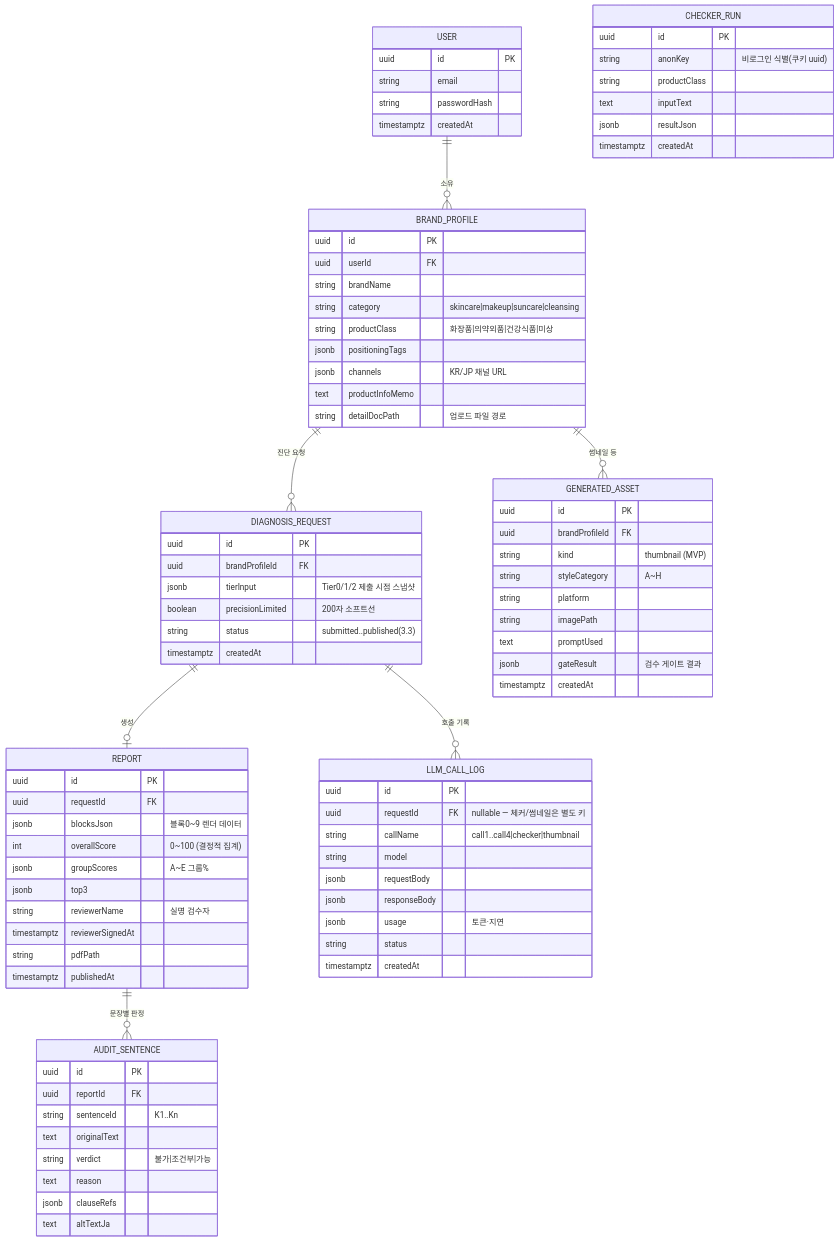
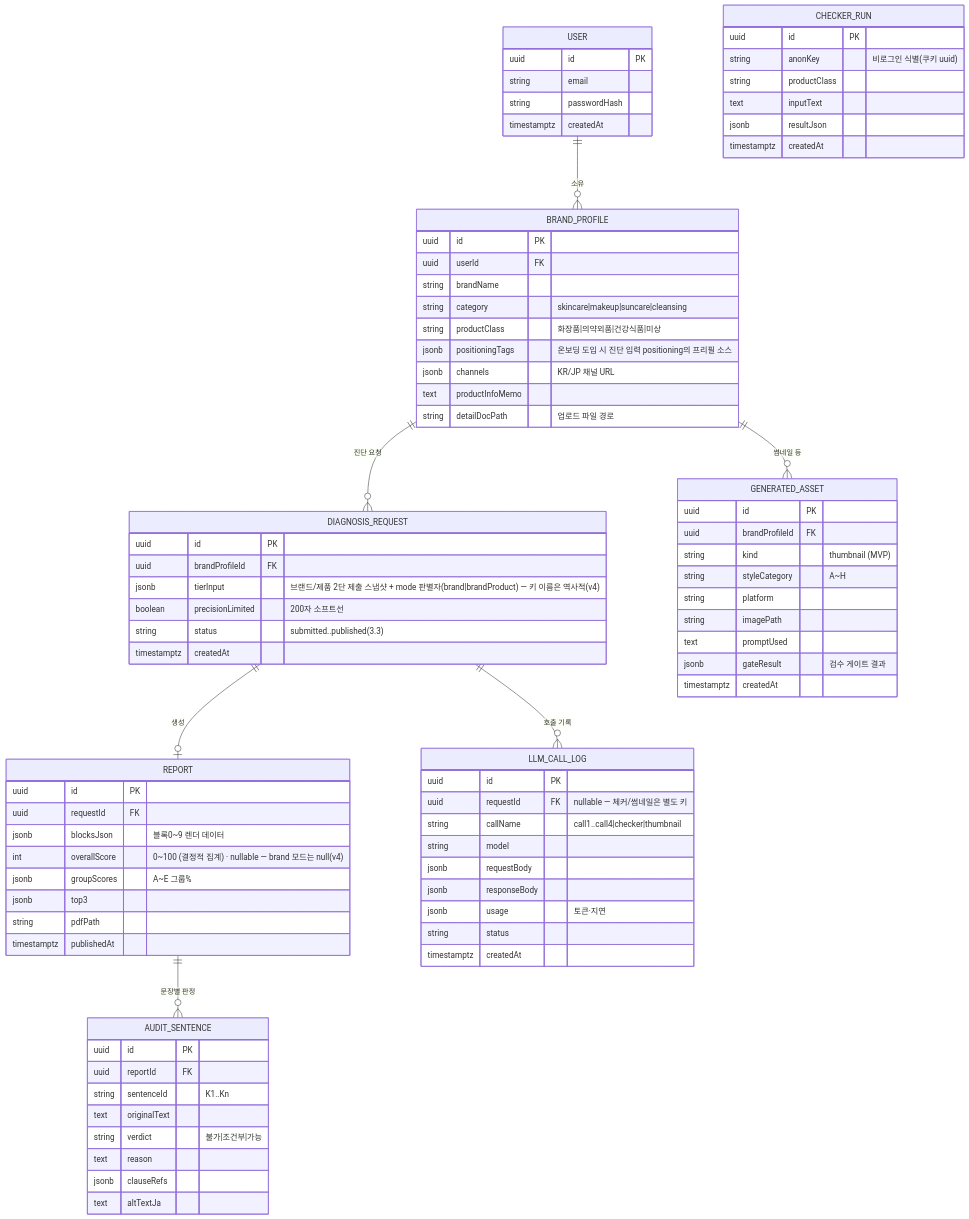
Before and after one commit to duwjd/Branch-out-to-Japan: the seventh of 7 diagrams in docs/08-data-flow.md, drawn with Mermaid. The commit also changed other lines of this file and 47 other files, not shown here.

```diff
--- a/docs/08-data-flow.md
+++ b/docs/08-data-flow.md
@@ -520,7 +536,7 @@
         string brandName
         string category "skincare|makeup|suncare|cleansing"
         string productClass "화장품|의약외품|건강식품|미상"
-        jsonb positioningTags
+        jsonb positioningTags "온보딩 도입 시 진단 입력 positioning의 프리필 소스"
         jsonb channels "KR/JP 채널 URL"
         text productInfoMemo
         string detailDocPath "업로드 파일 경로"
@@ -528,7 +544,7 @@
     DIAGNOSIS_REQUEST {
         uuid id PK
         uuid brandProfileId FK
-        jsonb tierInput "Tier0/1/2 제출 시점 스냅샷"
+        jsonb tierInput "브랜드/제품 2단 제출 스냅샷 + mode 판별자(brand|brandProduct) — 키 이름은 역사적(v4)"
         boolean precisionLimited "200자 소프트선"
         string status "submitted..published(3.3)"
         timestamptz createdAt
@@ -537,11 +553,9 @@
         uuid id PK
         uuid requestId FK
         jsonb blocksJson "블록0~9 렌더 데이터"
-        int overallScore "0~100 (결정적 집계)"
+        int overallScore "0~100 (결정적 집계) · nullable — brand 모드는 null(v4)"
         jsonb groupScores "A~E 그룹%"
         jsonb top3
-        string reviewerName "실명 검수자"
-        timestamptz reviewerSignedAt
         string pdfPath
         timestamptz publishedAt
     }
```
